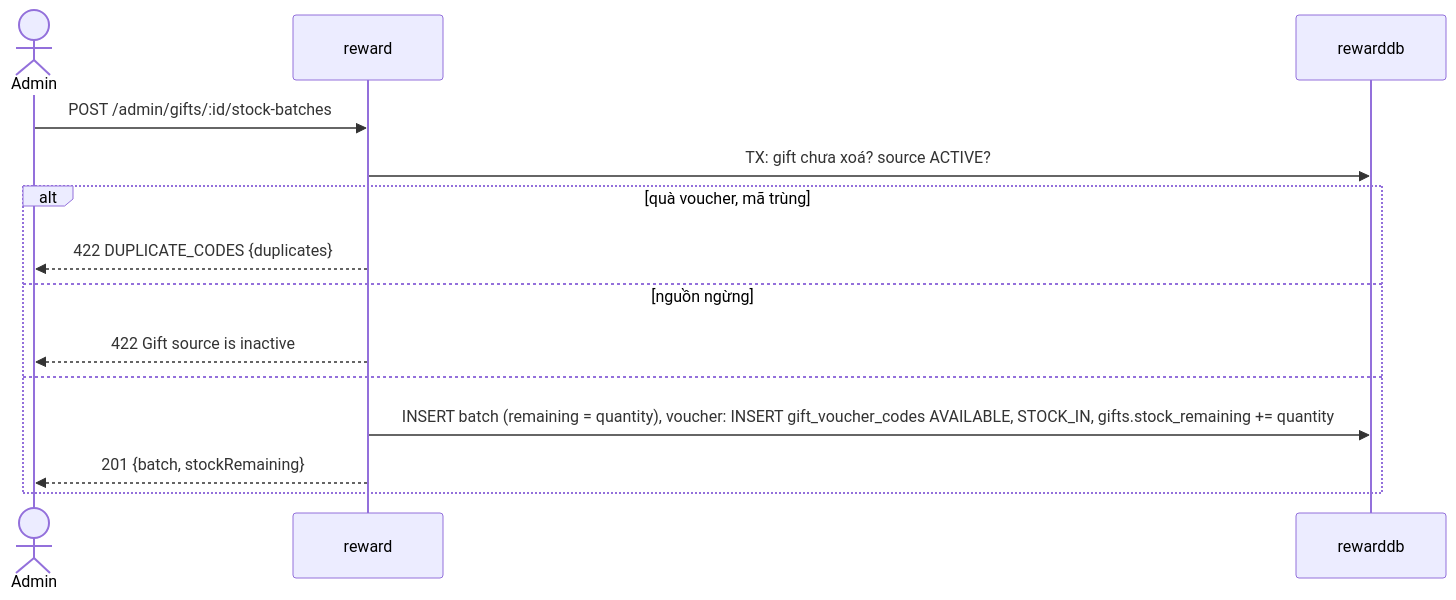
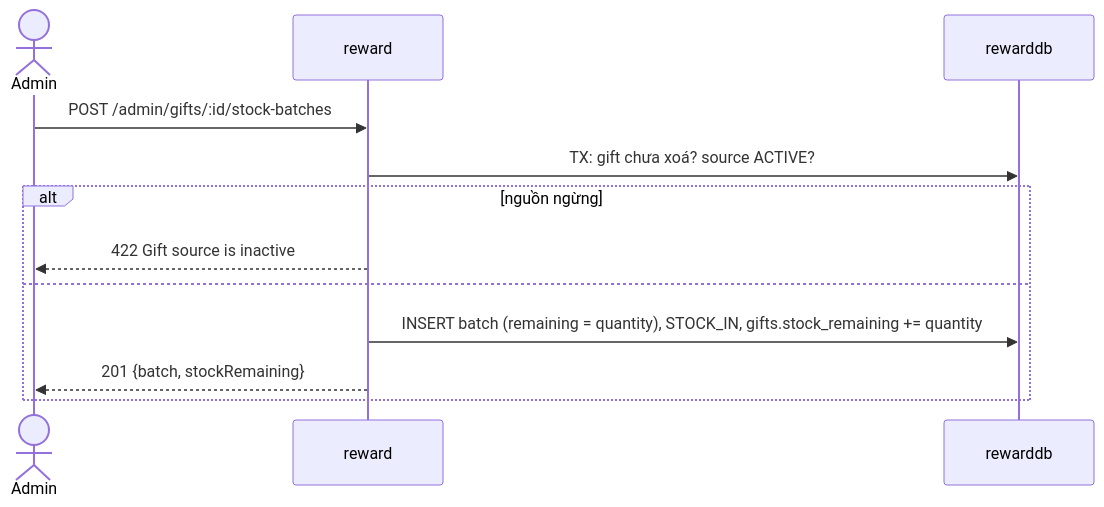
Before and after one commit to DOAN2-UQT-KN/ecolink-docs: diagram 31 of 31 in 02-business-flows.md, drawn with Mermaid. The commit also changed other lines of this file and 8 other files, not shown here.

Commit message:
docs: remove voucher gifts

````diff
--- a/02-business-flows.md
+++ b/02-business-flows.md
@@ -1405,16 +1400,14 @@
 ```mermaid
 sequenceDiagram
   actor A as Admin
   participant RW as reward
   participant DB as rewarddb
   A->>RW: POST /admin/gifts/:id/stock-batches
   RW->>DB: TX: gift chưa xoá? source ACTIVE?
-  alt quà voucher, mã trùng
-    RW-->>A: 422 DUPLICATE_CODES {duplicates}
-  else nguồn ngừng
+  alt nguồn ngừng
     RW-->>A: 422 Gift source is inactive
   else
-    RW->>DB: INSERT batch (remaining = quantity), voucher: INSERT gift_voucher_codes AVAILABLE, STOCK_IN, gifts.stock_remaining += quantity
+    RW->>DB: INSERT batch (remaining = quantity), STOCK_IN, gifts.stock_remaining += quantity
     RW-->>A: 201 {batch, stockRemaining}
   end
 ```
````
